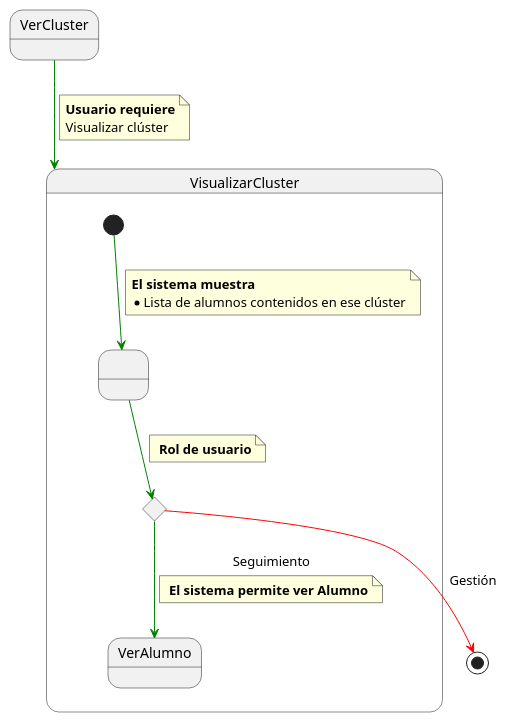
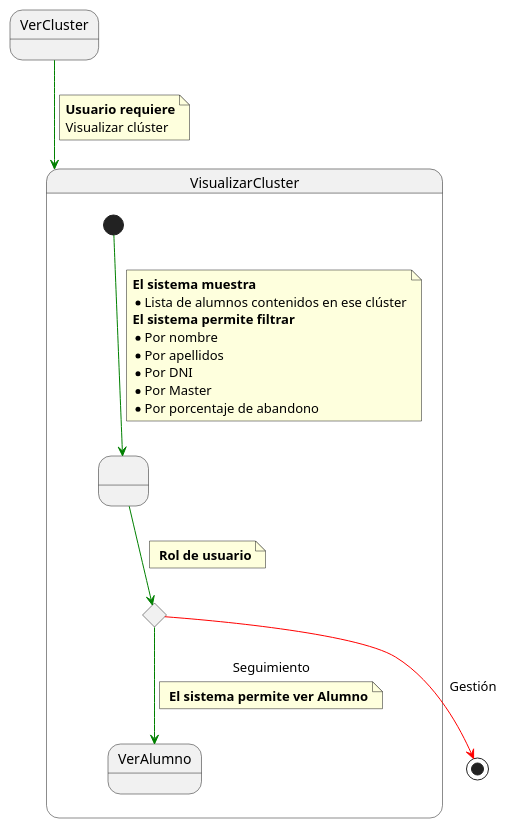
One commit to mmasias/IdSw1-22-23 changed the diagram in 000-entregas/Grupo1/DetalleCasosDeUso/VerCluster.puml. Above: the diagram before and after it, drawn with PlantUML.

```diff
--- a/000-entregas/Grupo1/DetalleCasosDeUso/VerCluster.puml
+++ b/000-entregas/Grupo1/DetalleCasosDeUso/VerCluster.puml
@@ -1,41 +1,47 @@
 @startuml VerCluster
 
 State VerCluster 
 
 State VisualizarCluster{ 
 
   State state1 as " "
 
   state c <<choice>>
 
   [*] -[#green]-> state1
 
   note on link 
     <b>El sistema muestra
     * Lista de alumnos contenidos en ese clúster
+    <b>El sistema permite filtrar
+    * Por nombre 
+    * Por apellidos
+    * Por DNI
+    * Por Master
+    * Por porcentaje de abandono
   end note
  
   state1 -[#green]-> c 
 
   note on link 
     <b> Rol de usuario
   end note
 
   c -[#green]-> VerAlumno : Seguimiento
 
   note on link 
     <b> El sistema permite ver Alumno
   end note
 } 
 
 VerCluster -[#green]-> VisualizarCluster
 
 note on link
  <b>Usuario requiere
  Visualizar clúster
 end note
 
 c -[#red]-> [*] : Gestión
 
 
 @enduml
```
